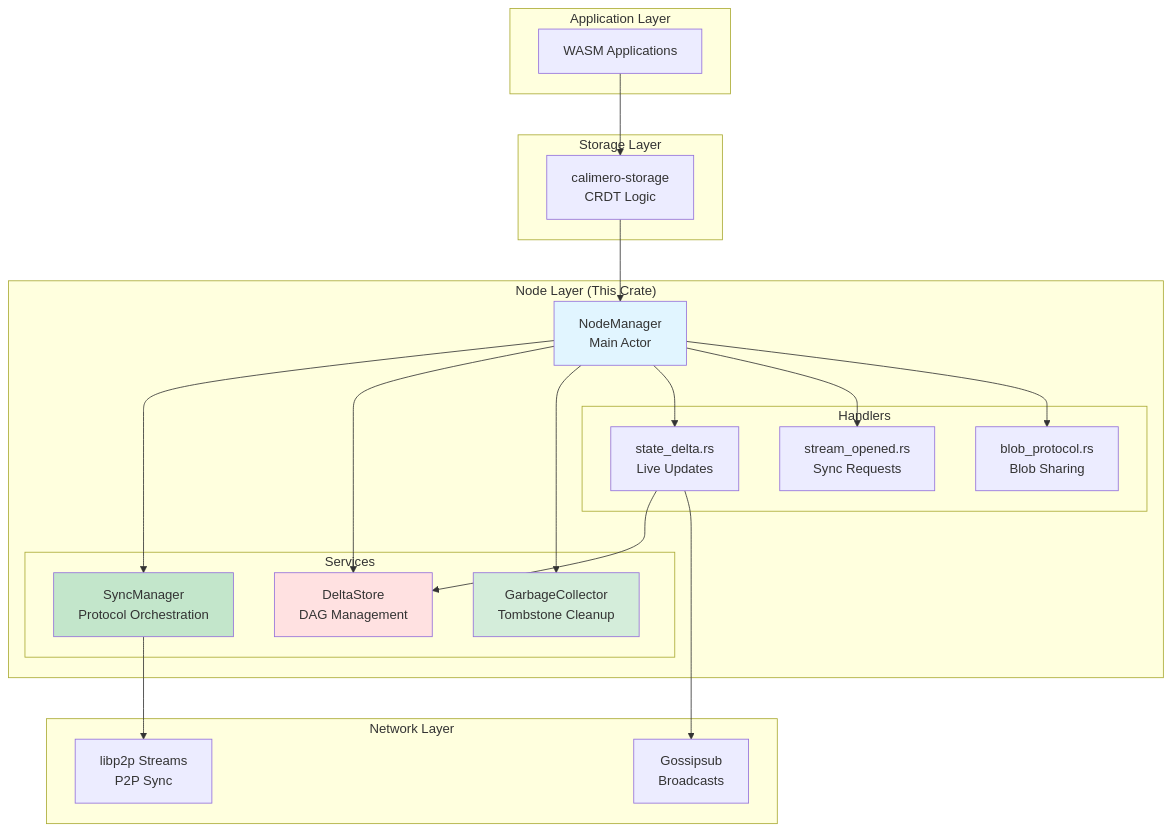
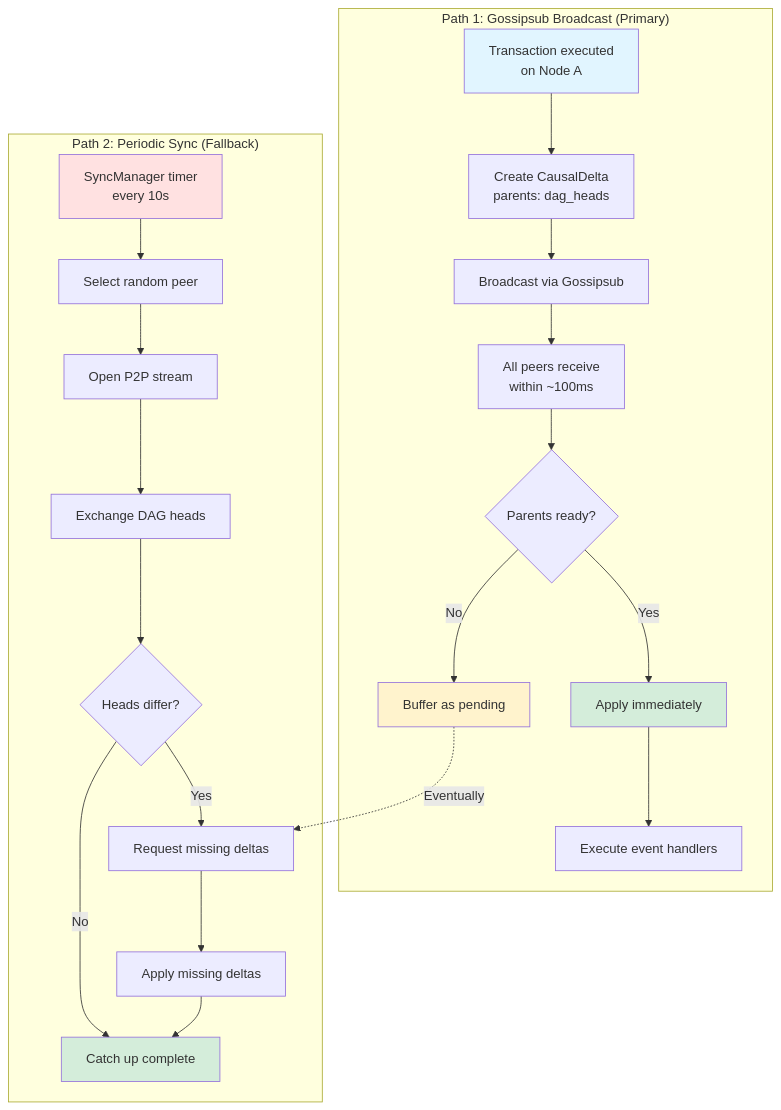
One commit to calimero-network/core changed the first of 5 diagrams in crates/node/README.md. Above: the diagram before and after it, drawn with Mermaid. The commit also changed other lines of this file and 8 other files, not shown here.

````diff
--- a/crates/node/README.md
+++ b/crates/node/README.md
@@ -9,48 +49,40 @@
 ```mermaid
-graph TB
-    subgraph "Application Layer"
-        App[WASM Applications]
+flowchart TB
+    subgraph "Path 1: Gossipsub Broadcast (Primary)"
+        G1[Transaction executed<br/>on Node A]
+        G2[Create CausalDelta<br/>parents: dag_heads]
+        G3[Broadcast via Gossipsub]
+        G4[All peers receive<br/>within ~100ms]
+        G5{Parents ready?}
+        G6A[Apply immediately]
+        G6B[Buffer as pending]
+        G7[Execute event handlers]
+        
+        G1 --> G2 --> G3 --> G4 --> G5
+        G5 -->|Yes| G6A --> G7
+        G5 -->|No| G6B
     end
     
-    subgraph "Node Layer (This Crate)"
-        NM[NodeManager<br/>Main Actor]
+    subgraph "Path 2: Periodic Sync (Fallback)"
+        P1[SyncManager timer<br/>every 10s]
+        P2[Select random peer]
+        P3[Open P2P stream]
+        P4[Exchange DAG heads]
+        P5{Heads differ?}
+        P6[Request missing deltas]
+        P7[Apply missing deltas]
+        P8[Catch up complete]
         
-        subgraph "Services"
-            SM[SyncManager<br/>Protocol Orchestration]
-            DS[DeltaStore<br/>DAG Management]
-            GC[GarbageCollector<br/>Tombstone Cleanup]
-        end
-        
-        subgraph "Handlers"
-            SD[state_delta.rs<br/>Live Updates]
-            SO[stream_opened.rs<br/>Sync Requests]
-            BP[blob_protocol.rs<br/>Blob Sharing]
-        end
+        P1 --> P2 --> P3 --> P4 --> P5
+        P5 -->|Yes| P6 --> P7 --> P8
+        P5 -->|No| P8
     end
     
-    subgraph "Storage Layer"
-        CRDT[calimero-storage<br/>CRDT Logic]
-    end
+    G6B -.->|Eventually| P6
     
-    subgraph "Network Layer"
-        GS[Gossipsub<br/>Broadcasts]
-        ST[libp2p Streams<br/>P2P Sync]
-    end
-    
-    App --> CRDT
-    CRDT --> NM
-    NM --> SM
-    NM --> DS
-    NM --> GC
-    NM --> SD
-    NM --> SO
-    NM --> BP
-    SD --> DS
-    SM --> ST
-    SD --> GS
-    
-    style NM fill:#e1f5ff
-    style DS fill:#ffe1e1
-    style SM fill:#c3e6cb
-    style GC fill:#d4edda
+    style G1 fill:#e1f5ff
+    style G6A fill:#d4edda
+    style G6B fill:#fff3cd
+    style P1 fill:#ffe1e1
+    style P8 fill:#d4edda
 ```
````
